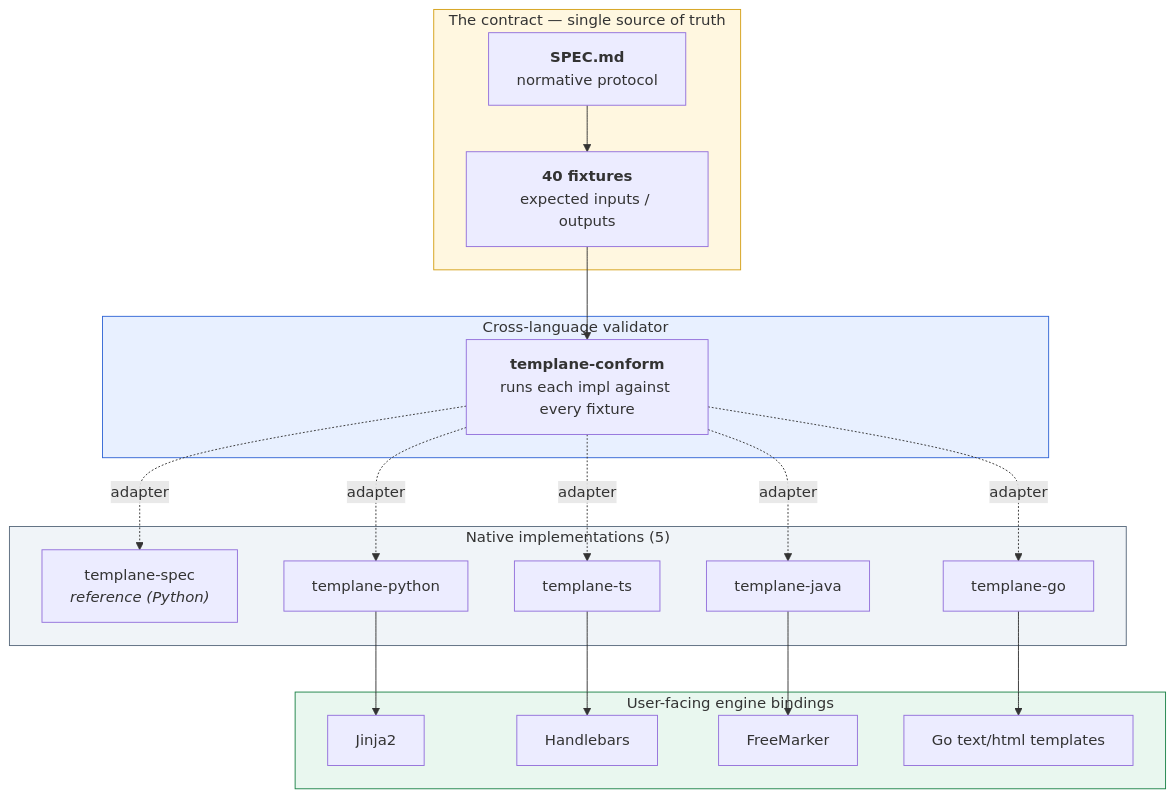
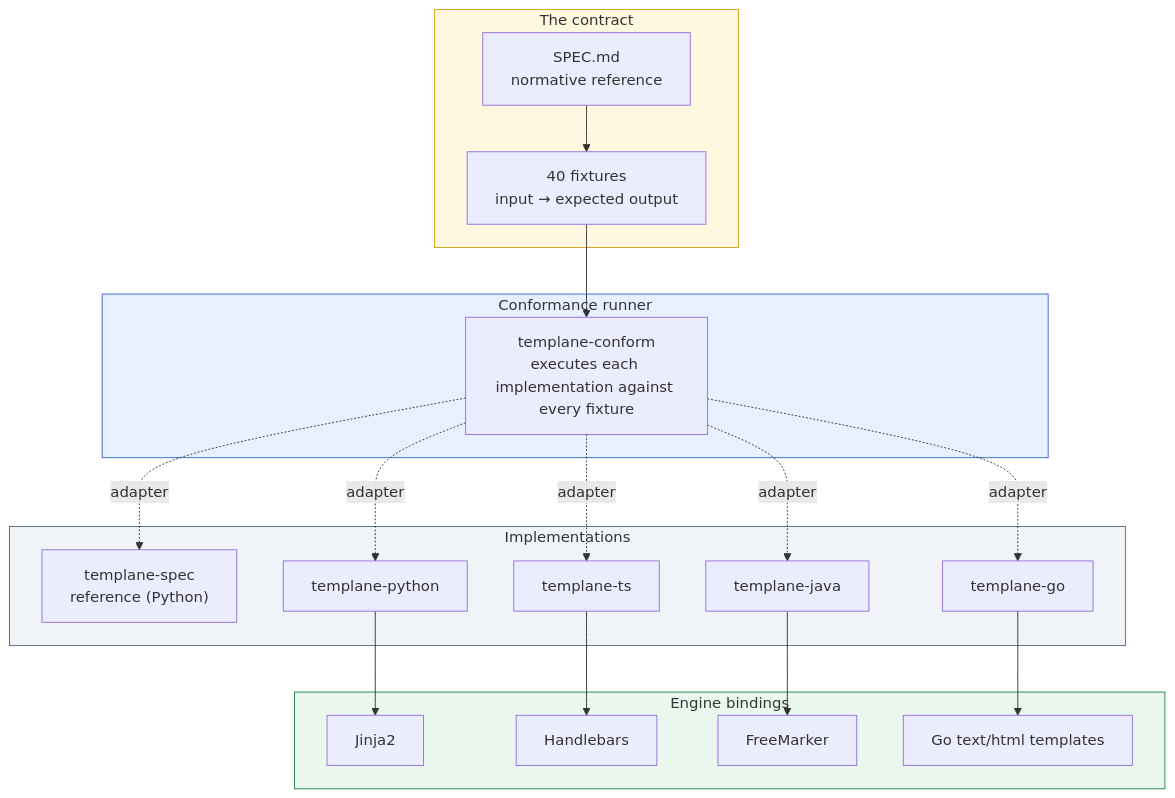
One commit to ereshzealous/Templane changed the diagram in README.md. Above: the diagram before and after it, drawn with Mermaid. The commit also changed other lines of this file, not shown here.

First line of the commit message:
docs: polish root README — define fixtures up front, drop jargon

````diff
--- a/README.md
+++ b/README.md
@@ -54,44 +78,44 @@
 ```mermaid
 flowchart TB
-    subgraph contract["The contract — single source of truth"]
-        spec["<b>SPEC.md</b><br/>normative protocol"]
-        fixtures["<b>40 fixtures</b><br/>expected inputs / outputs"]
+    subgraph contract["The contract"]
+        spec["SPEC.md<br/>normative reference"]
+        fixtures["40 fixtures<br/>input → expected output"]
         spec --> fixtures
     end
 
-    subgraph runner["Cross-language validator"]
-        conform["<b>templane-conform</b><br/>runs each impl against every fixture"]
+    subgraph runner["Conformance runner"]
+        conform["templane-conform<br/>executes each implementation against every fixture"]
     end
 
-    subgraph impls["Native implementations (5)"]
-        ref["templane-spec<br/><i>reference (Python)</i>"]
+    subgraph impls["Implementations"]
+        ref["templane-spec<br/>reference (Python)"]
         py["templane-python"]
         ts["templane-ts"]
         java["templane-java"]
         go["templane-go"]
     end
 
-    subgraph engines["User-facing engine bindings"]
+    subgraph engines["Engine bindings"]
         jinja["Jinja2"]
         hbars["Handlebars"]
         freemarker["FreeMarker"]
         gostd["Go text/html templates"]
     end
 
     fixtures --> conform
     conform -.adapter.-> ref
     conform -.adapter.-> py
     conform -.adapter.-> ts
     conform -.adapter.-> java
     conform -.adapter.-> go
 
     py --> jinja
     ts --> hbars
     java --> freemarker
     go --> gostd
 
     style contract fill:#fff7e0,stroke:#d4a017
     style runner fill:#e8f0ff,stroke:#3367d6
     style impls fill:#f0f4f8,stroke:#5a6b7d
     style engines fill:#e9f7ef,stroke:#1e8449
 ```
````
